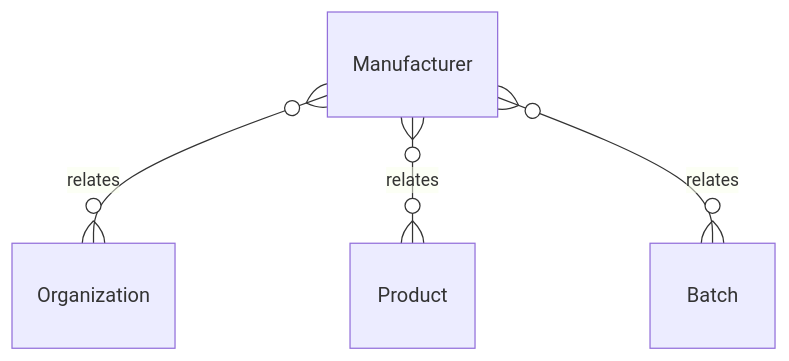
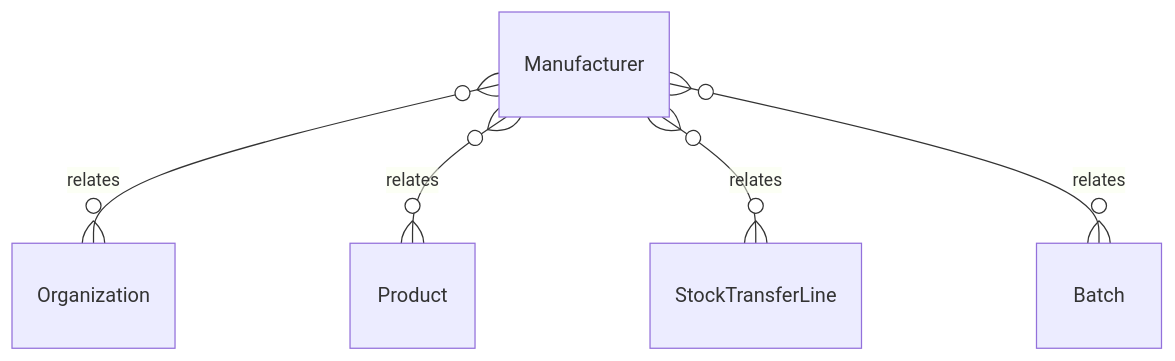
Before and after one commit to tejasnirala/rcln: the diagram in .kb/Database/Manufacturer.md, drawn with Mermaid. The commit also changed other lines of this file and 117 other files, not shown here.

````diff
--- a/.kb/Database/Manufacturer.md
+++ b/.kb/Database/Manufacturer.md
@@ -48,6 +49,7 @@
 ```mermaid
 erDiagram
     Manufacturer }o--o{ Organization : relates
     Manufacturer }o--o{ Product : relates
+    Manufacturer }o--o{ StockTransferLine : relates
     Manufacturer }o--o{ Batch : relates
 ```
````
